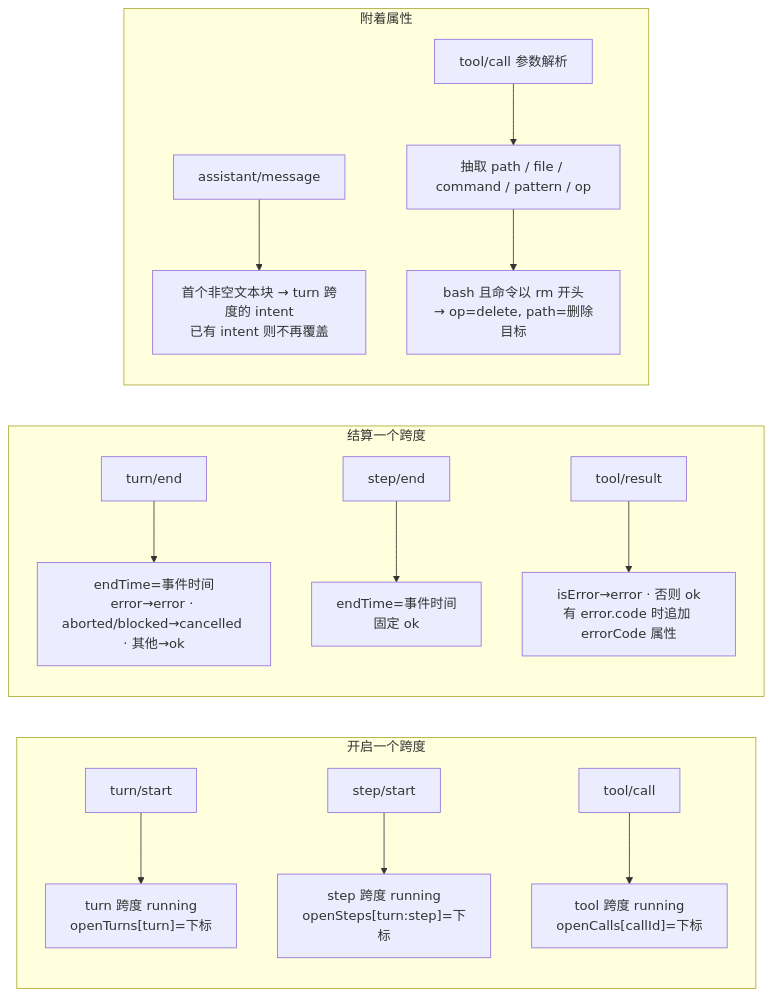
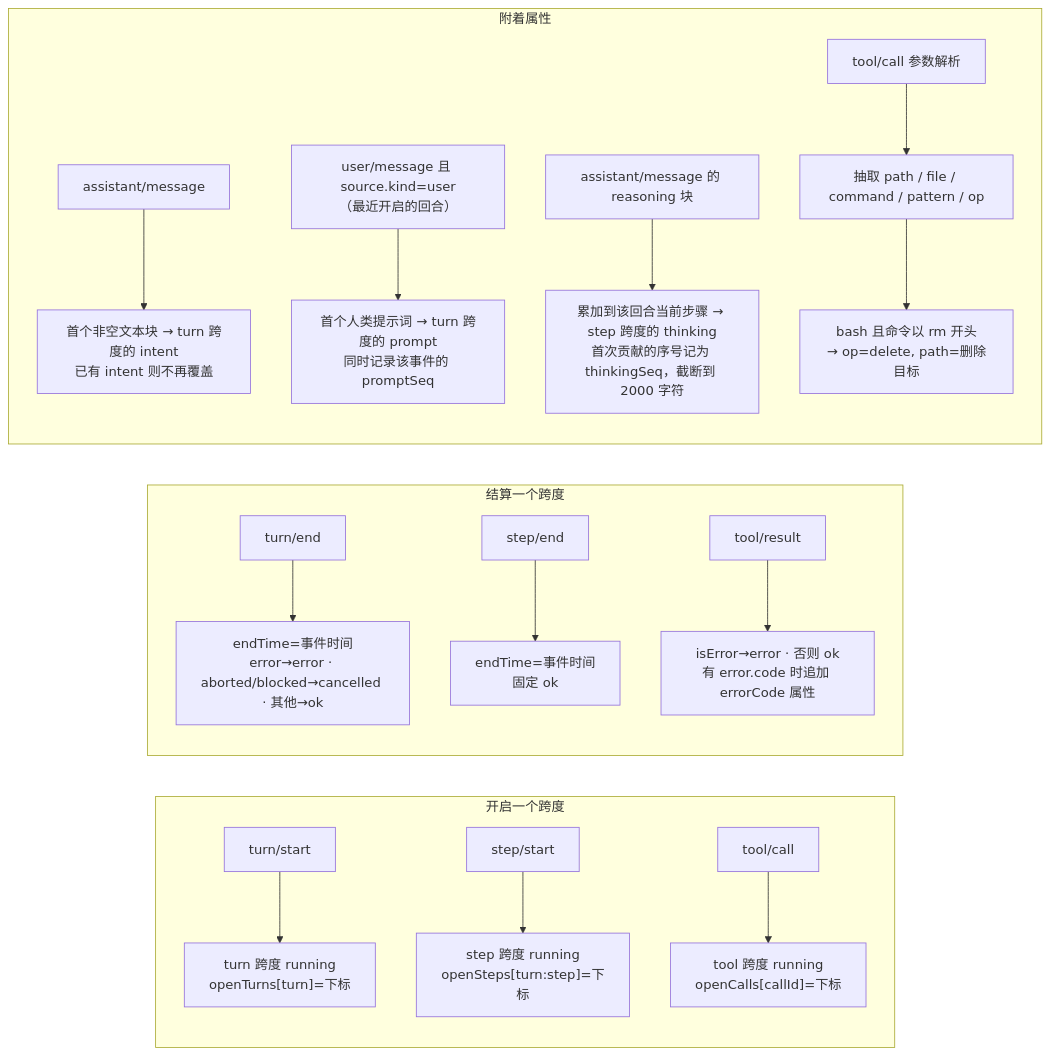
One commit to KeXingJian/deepseek-harness changed the second of 10 diagrams in review-workflow.md. Above: the diagram before and after it, drawn with Mermaid. The commit also changed other lines of this file and 31 other files, not shown here.

Commit message:
修复复合卡片不显示问题&添加diff视图

````diff
--- a/review-workflow.md
+++ b/review-workflow.md
@@ -40,20 +40,22 @@
 ```mermaid
 flowchart LR
     subgraph OPEN["开启一个跨度"]
         T1["turn/start"] --> S1["turn 跨度 running<br/>openTurns[turn]=下标"]
         T2["step/start"] --> S2["step 跨度 running<br/>openSteps[turn:step]=下标"]
         T3["tool/call"] --> S3["tool 跨度 running<br/>openCalls[callId]=下标"]
     end
 
     subgraph SETTLE["结算一个跨度"]
         T4["turn/end"] --> S4["endTime=事件时间<br/>error→error · aborted/blocked→cancelled · 其他→ok"]
         T5["step/end"] --> S5["endTime=事件时间<br/>固定 ok"]
         T6["tool/result"] --> S6["isError→error · 否则 ok<br/>有 error.code 时追加 errorCode 属性"]
     end
 
     subgraph ATTRIBUTE["附着属性"]
         T7["assistant/message"] --> S7["首个非空文本块 → turn 跨度的 intent<br/>已有 intent 则不再覆盖"]
+        T9["user/message 且 source.kind=user<br/>（最近开启的回合）"] --> S10["首个人类提示词 → turn 跨度的 prompt<br/>同时记录该事件的 promptSeq"]
+        T11["assistant/message 的 reasoning 块"] --> S12["累加到该回合当前步骤 → step 跨度的 thinking<br/>首次贡献的序号记为 thinkingSeq，截断到 2000 字符"]
         T8["tool/call 参数解析"] --> S8["抽取 path / file / command / pattern / op"]
         S8 --> S9["bash 且命令以 rm 开头<br/>→ op=delete, path=删除目标"]
     end
 ```
````
